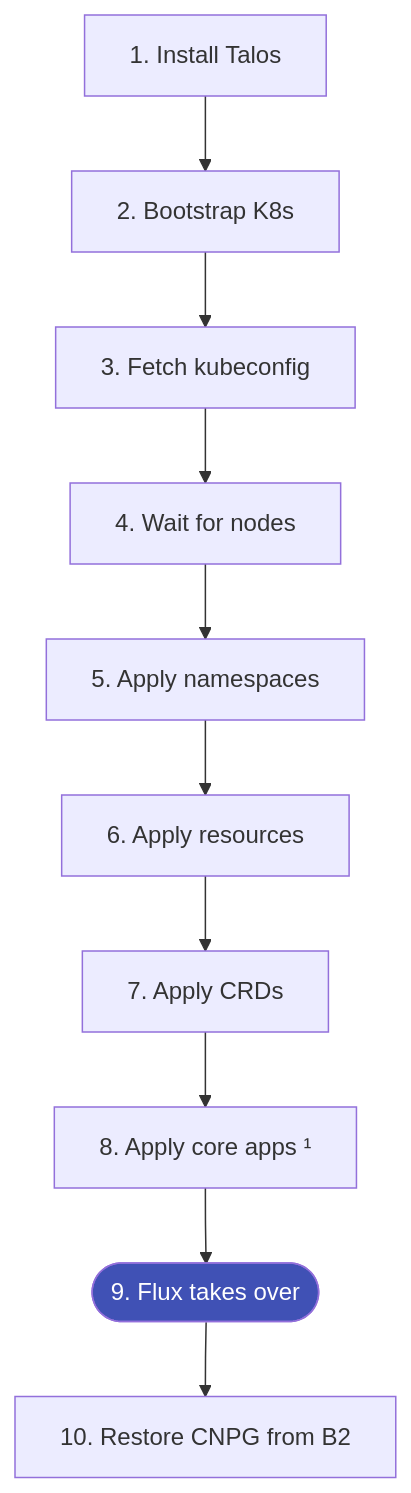
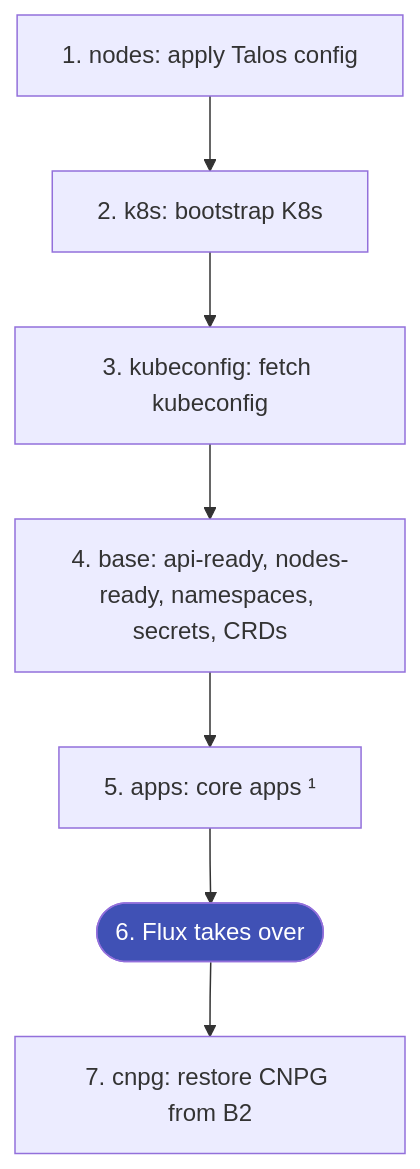
Before and after one commit to tscibilia/home-ops: the diagram in docs/bootstrap.md, drawn with Mermaid. The commit also changed other lines of this file and 29 other files, not shown here.

````diff
--- a/docs/bootstrap.md
+++ b/docs/bootstrap.md
@@ -14,14 +14,11 @@
 ```mermaid
 flowchart TD
-    A["1. Install Talos"] --> B["2. Bootstrap K8s"]
-    B --> C["3. Fetch kubeconfig"]
-    C --> D["4. Wait for nodes"]
-    D --> E["5. Apply namespaces"]
-    E --> F["6. Apply resources"]
-    F --> G["7. Apply CRDs"]
-    G --> H["8. Apply core apps ¹"]
-    H --> I(["9. Flux takes over"])
-    I --> J["10. Restore CNPG from B2"]
+    A["1. nodes: apply Talos config"] --> B["2. k8s: bootstrap K8s"]
+    B --> C["3. kubeconfig: fetch kubeconfig"]
+    C --> D["4. base: api-ready, nodes-ready, namespaces, secrets, CRDs"]
+    D --> E["5. apps: core apps ¹"]
+    E --> F(["6. Flux takes over"])
+    F --> G["7. cnpg: restore CNPG from B2"]
 
-    style I fill:#4051b5,color:#fff
+    style F fill:#4051b5,color:#fff
 ```
````
